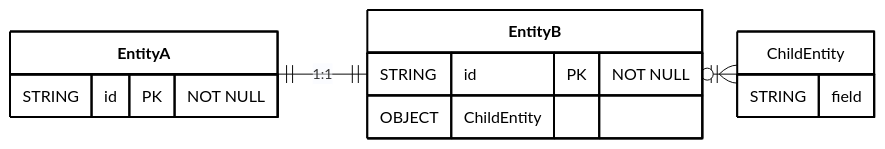
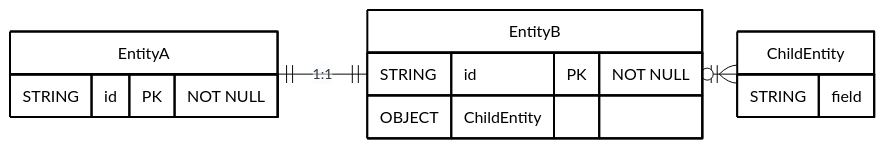
The diagram in send_diagrams/data-models/template.mmd (pagopa/pn-metrics), drawn with Mermaid before and after one commit.

Commit message:
docs: update template mermaid

```diff
--- a/send_diagrams/data-models/template.mmd
+++ b/send_diagrams/data-models/template.mmd
@@ -1,50 +1,50 @@
 ---
 config:
   layout: elk
   theme: base
 ---
 
 erDiagram
 
     %% diagram version: <VERSION>
 
     %% sources:
-    %% - dc-radd-transaction-entity.yaml
-    %%   id: urn:send:radd-alt:dc-radd-transaction-entity
-    %%   version: 0.0.1
+    %% - data_contract.yaml
+    %%   id: urn:...
+    %%   version: ...
 
     %% CONVENZIONI
     %% - PK marcata con PK
     %% - Campi obbligatori marcati con "NOT NULL"
     %% - Array e Object di primo livello modellati come entità separate
     %% - Cardinalità esplicitate nell'etichetta relazione tra entità (1:1, 1:N, 1:0..1)
     %% - Relazioni ordinate dalla root verso gli oggetti figli
 
     Direction LR
 
     %% ENTITÀ PRINCIPALI
 
-    **EntityA** {
+    EntityA {
         STRING id PK "NOT NULL"
     }
 
-    **EntityB** {
+    EntityB {
         STRING id PK "NOT NULL"
         OBJECT ChildEntity
     }
 
 
     ChildEntity {
         STRING field
     }
 
     %% RELAZIONI
 
-    **EntityA** ||--|| **EntityB** : "1:1"
-    **EntityB** ||--o{ ChildEntity : ""
+    EntityA ||--|| EntityB : "1:1"
+    EntityB ||--o{ ChildEntity : ""
 
     %% STILE
 
-    style **EntityA** fill:#FFFFFF,stroke:#000000,stroke-width:2px,color:#000000
-    style **EntityB** fill:#FFFFFF,stroke:#000000,stroke-width:2px,color:#000000
+    style EntityA fill:#FFFFFF,stroke:#000000,stroke-width:2px,color:#000000
+    style EntityB fill:#FFFFFF,stroke:#000000,stroke-width:2px,color:#000000
     style ChildEntity fill:#FFFFFF,stroke:#000000,stroke-width:2px,color:#000000
```
